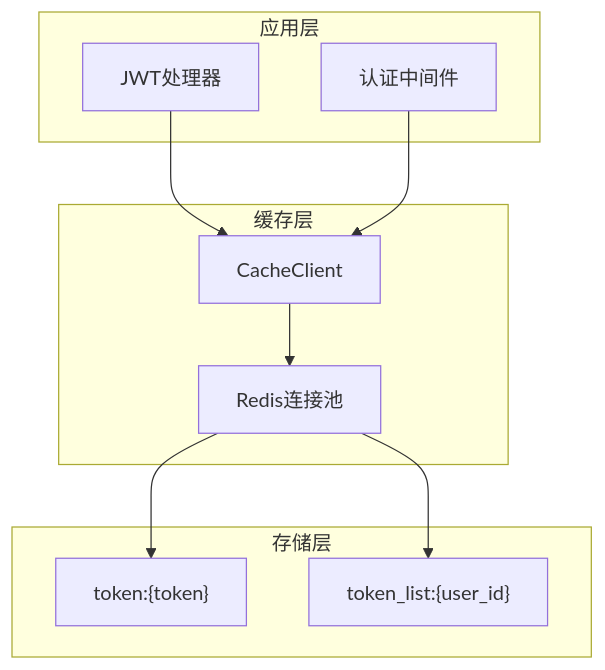
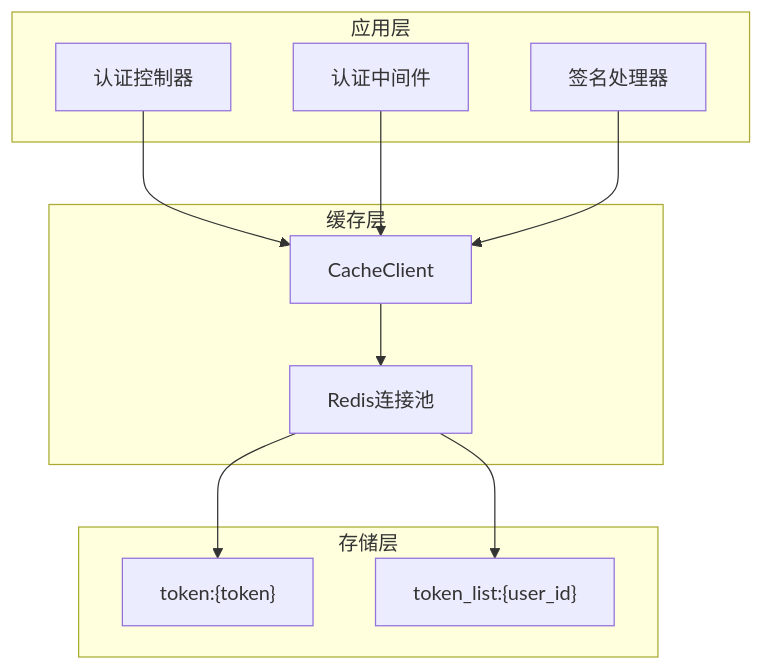
One commit to lilinzezzzzzz/fastapi-backend changed the sixth of 7 diagrams in .qoder/repowiki/zh/content/安全认证机制/JWT Token认证.md. Above: the diagram before and after it, drawn with Mermaid. The commit also changed other lines of this file and 38 other files, not shown here.

````diff
--- a/.qoder/repowiki/zh/content/安全认证机制/JWT Token认证.md
+++ b/.qoder/repowiki/zh/content/安全认证机制/JWT Token认证.md
@@ -247,20 +285,22 @@
 ```mermaid
 graph TB
 subgraph "应用层"
-JWTHandler["JWT处理器"]
+AuthController["认证控制器"]
 AuthMiddleware["认证中间件"]
+SignatureHandler["签名处理器"]
 end
 subgraph "缓存层"
 CacheClient["CacheClient"]
 RedisPool["Redis连接池"]
 end
 subgraph "存储层"
 TokenKey["token:{token}"]
 TokenListKey["token_list:{user_id}"]
 end
-JWTHandler --> CacheClient
+AuthController --> CacheClient
 AuthMiddleware --> CacheClient
+SignatureHandler --> CacheClient
 CacheClient --> RedisPool
 RedisPool --> TokenKey
 RedisPool --> TokenListKey
 ```
````
